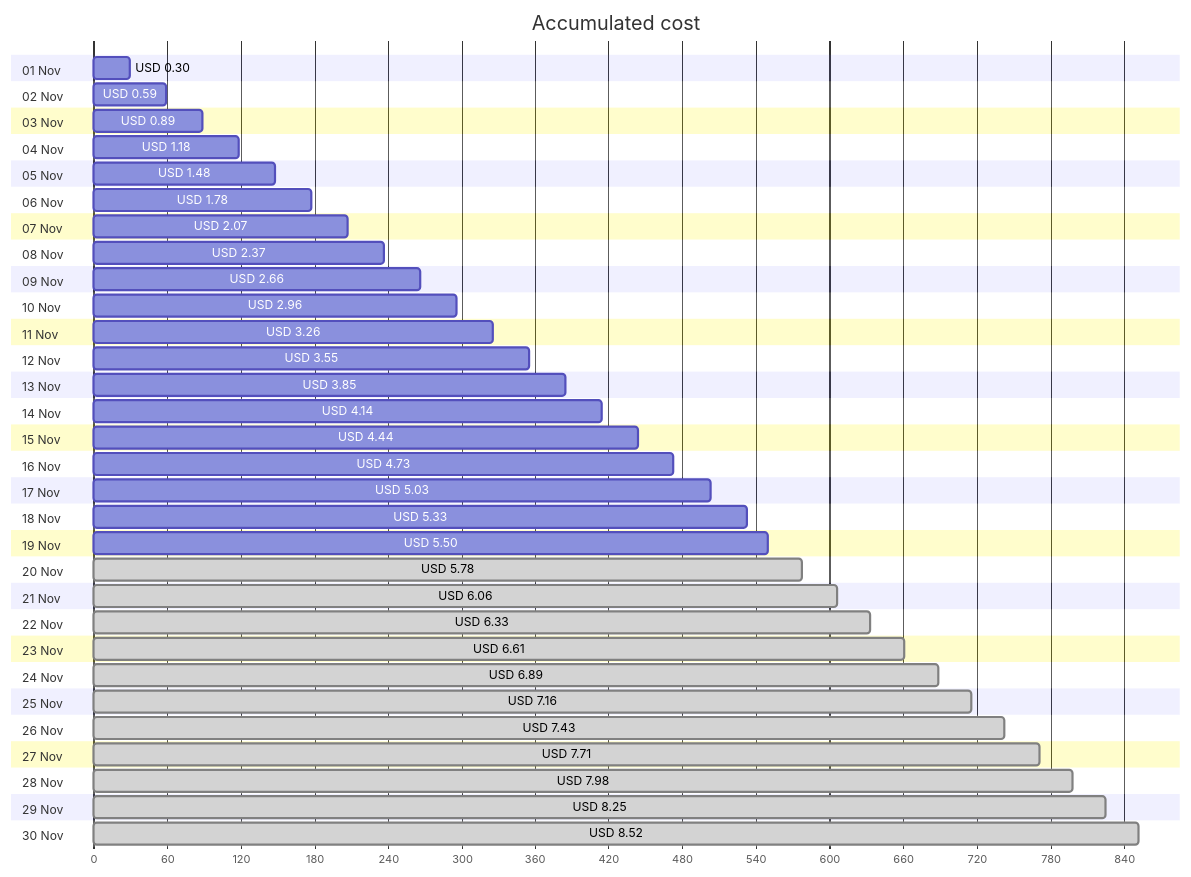
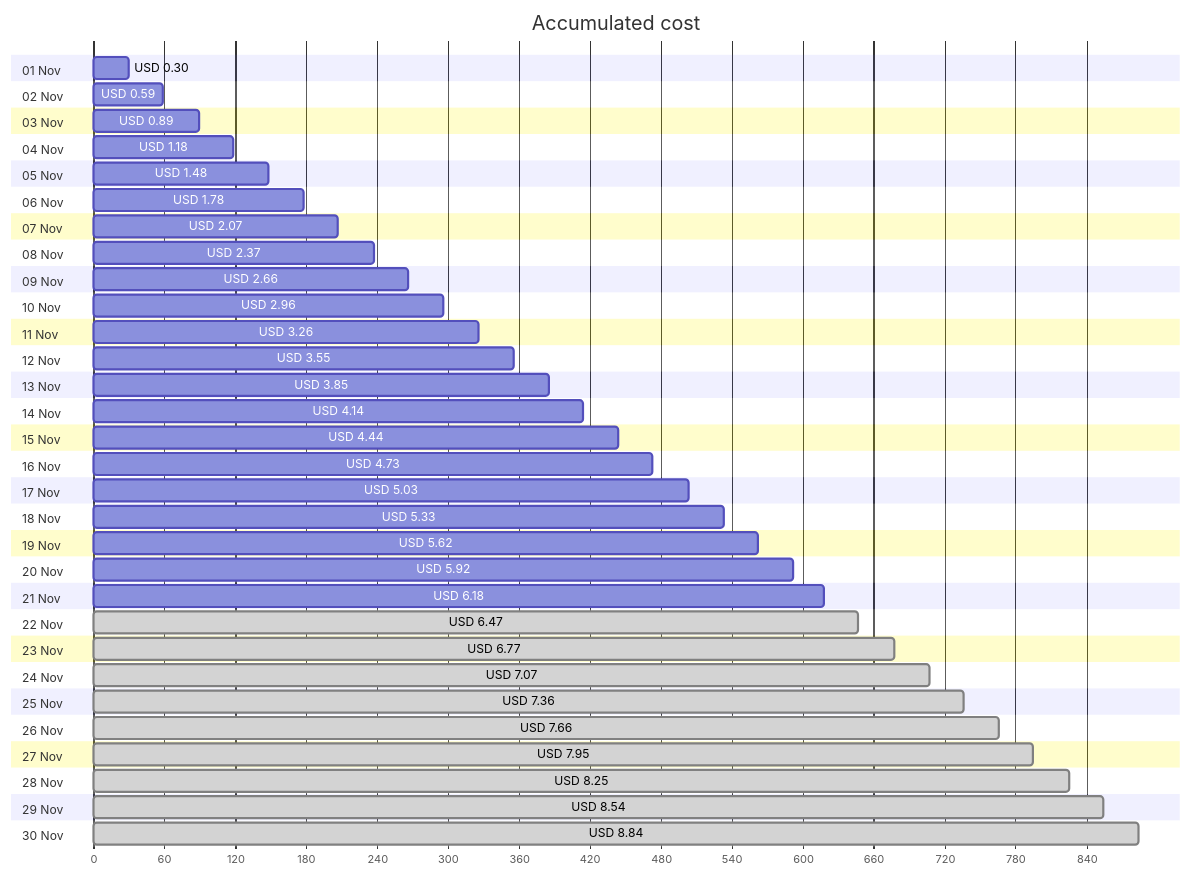
The first of 4 diagrams in cost-reports/personal-site/personal-site.md (jpfulton/azure-personal-reports), drawn with Mermaid before and after one commit. The commit also changed other lines of this file and 7 other files, not shown here.

````diff
--- a/cost-reports/personal-site/personal-site.md
+++ b/cost-reports/personal-site/personal-site.md
@@ -20,66 +20,66 @@
 ```mermaid
 gantt
    title Accumulated cost
    dateFormat  X
    axisFormat %s
    section 01 Nov
    USD 0.30 :0, 30
    section 02 Nov
    USD 0.59 :0, 59
    section 03 Nov
    USD 0.89 :0, 89
    section 04 Nov
    USD 1.18 :0, 118
    section 05 Nov
    USD 1.48 :0, 148
    section 06 Nov
    USD 1.78 :0, 178
    section 07 Nov
    USD 2.07 :0, 207
    section 08 Nov
    USD 2.37 :0, 237
    section 09 Nov
    USD 2.66 :0, 266
    section 10 Nov
    USD 2.96 :0, 296
    section 11 Nov
    USD 3.26 :0, 326
    section 12 Nov
    USD 3.55 :0, 355
    section 13 Nov
    USD 3.85 :0, 385
    section 14 Nov
    USD 4.14 :0, 414
    section 15 Nov
    USD 4.44 :0, 444
    section 16 Nov
    USD 4.73 :0, 473
    section 17 Nov
    USD 5.03 :0, 503
    section 18 Nov
    USD 5.33 :0, 533
    section 19 Nov
-   USD 5.50 :0, 550
+   USD 5.62 :0, 562
    section 20 Nov
-   USD 5.78 : done, 0, 578
+   USD 5.92 :0, 592
    section 21 Nov
-   USD 6.06 : done, 0, 606
+   USD 6.18 :0, 618
    section 22 Nov
-   USD 6.33 : done, 0, 633
+   USD 6.47 : done, 0, 647
    section 23 Nov
-   USD 6.61 : done, 0, 661
+   USD 6.77 : done, 0, 677
    section 24 Nov
-   USD 6.89 : done, 0, 689
+   USD 7.07 : done, 0, 707
    section 25 Nov
-   USD 7.16 : done, 0, 716
+   USD 7.36 : done, 0, 736
    section 26 Nov
-   USD 7.43 : done, 0, 743
+   USD 7.66 : done, 0, 766
    section 27 Nov
-   USD 7.71 : done, 0, 771
+   USD 7.95 : done, 0, 795
    section 28 Nov
-   USD 7.98 : done, 0, 798
+   USD 8.25 : done, 0, 825
    section 29 Nov
-   USD 8.25 : done, 0, 825
+   USD 8.54 : done, 0, 854
    section 30 Nov
-   USD 8.52 : done, 0, 852
+   USD 8.84 : done, 0, 884
 ```
````
